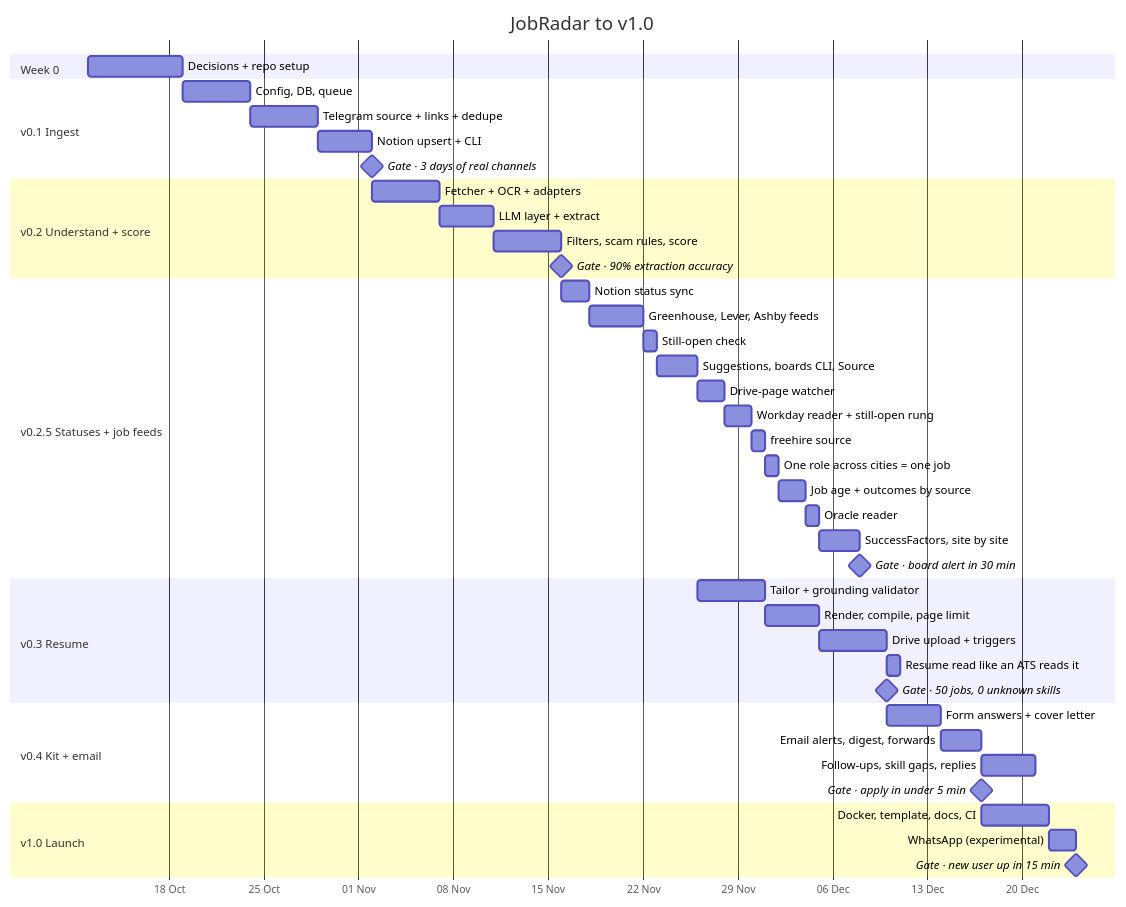
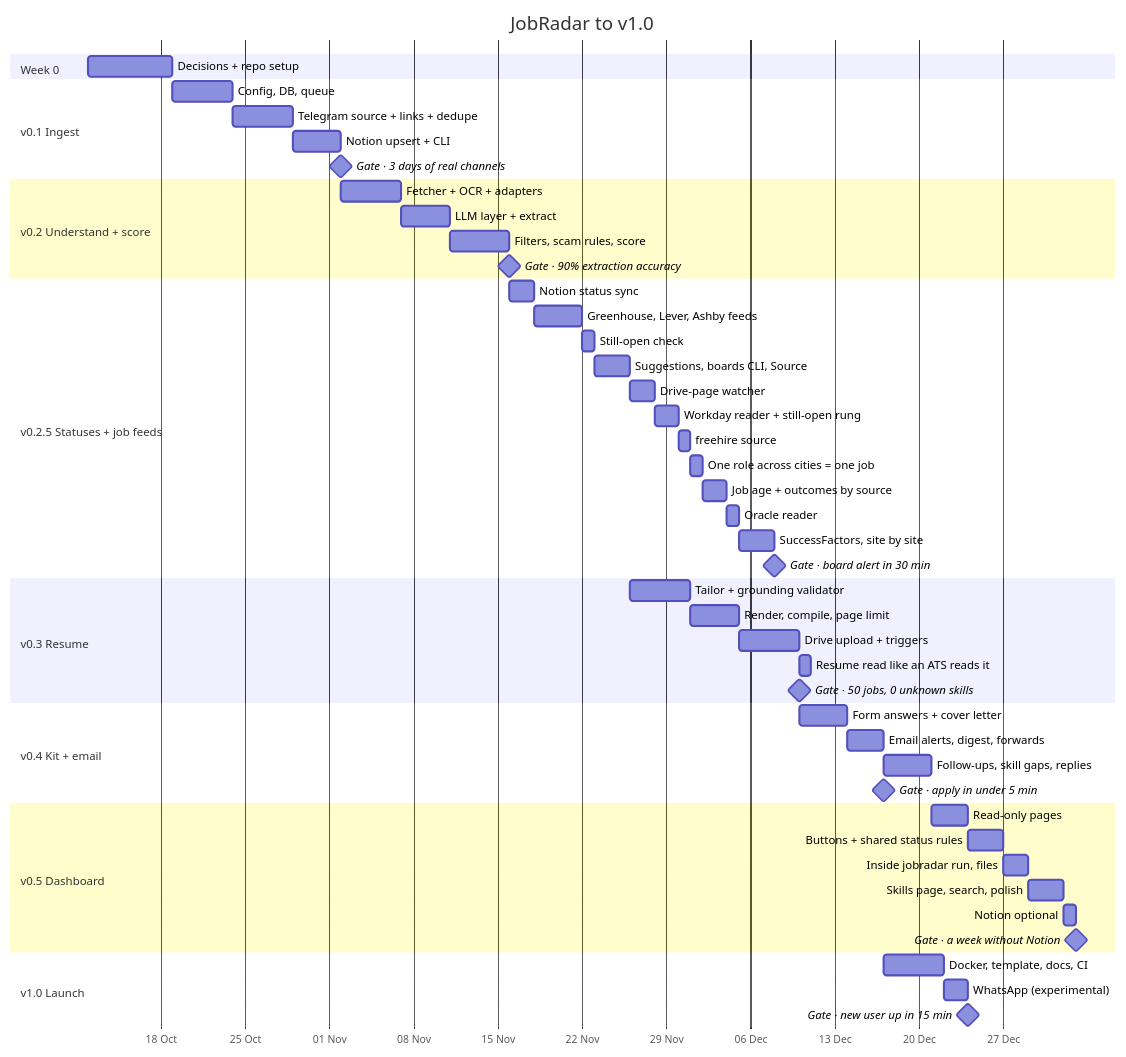
The first of 3 diagrams in PLAN.md (ThePlator/JobRadar), drawn with Mermaid before and after one commit. The commit also changed other lines of this file, not shown here.

First line of the commit message:
Plan: a local dashboard instead of Notion (v0.5)

````diff
--- a/PLAN.md
+++ b/PLAN.md
@@ -9,53 +9,61 @@
 ```mermaid
 gantt
     title JobRadar to v1.0
     dateFormat YYYY-MM-DD
     axisFormat %d %b
 
     section Week 0
     Decisions + repo setup           :w0, 2026-10-12, 7d
 
     section v0.1 Ingest
     Config, DB, queue                :a1, after w0, 5d
     Telegram source + links + dedupe :a2, after a1, 5d
     Notion upsert + CLI              :a3, after a2, 4d
     Gate · 3 days of real channels    :milestone, g1, after a3, 0d
 
     section v0.2 Understand + score
     Fetcher + OCR + adapters         :b1, after a3, 5d
     LLM layer + extract              :b2, after b1, 4d
     Filters, scam rules, score       :b3, after b2, 5d
     Gate · 90% extraction accuracy    :milestone, g2, after b3, 0d
 
     section v0.2.5 Statuses + job feeds
     Notion status sync               :f1, after b3, 2d
     Greenhouse, Lever, Ashby feeds   :f2, after f1, 4d
     Still-open check                 :f4, after f2, 1d
     Suggestions, boards CLI, Source  :f3, after f4, 3d
     Drive-page watcher               :f5, after f3, 2d
     Workday reader + still-open rung :f6, after f5, 2d
     freehire source                  :f9, after f6, 1d
     One role across cities = one job :f10, after f9, 1d
     Job age + outcomes by source     :f7, after f10, 2d
     Oracle reader                    :f11, after f7, 1d
     SuccessFactors, site by site     :f8, after f11, 3d
     Gate · board alert in 30 min      :milestone, gf, after f8, 0d
 
     section v0.3 Resume
     Tailor + grounding validator     :c1, after f3, 5d
     Render, compile, page limit      :c2, after c1, 4d
     Drive upload + triggers          :c3, after c2, 5d
     Resume read like an ATS reads it :c4, after c3, 1d
     Gate · 50 jobs, 0 unknown skills  :milestone, g3, after c3, 0d
 
     section v0.4 Kit + email
     Form answers + cover letter      :d1, after c3, 4d
     Email alerts, digest, forwards   :d2, after d1, 3d
     Follow-ups, skill gaps, replies  :d3, after d2, 4d
     Gate · apply in under 5 min       :milestone, g4, after d2, 0d
 
+    section v0.5 Dashboard
+    Read-only pages                  :h1, after d3, 3d
+    Buttons + shared status rules    :h2, after h1, 3d
+    Inside jobradar run, files       :h3, after h2, 2d
+    Skills page, search, polish      :h4, after h3, 3d
+    Notion optional                  :h5, after h4, 1d
+    Gate · a week without Notion      :milestone, g6, after h5, 0d
+
     section v1.0 Launch
     Docker, template, docs, CI       :e1, after d2, 5d
     WhatsApp (experimental)          :e2, after e1, 2d
     Gate · new user up in 15 min      :milestone, g5, after e2, 0d
 ```
````
